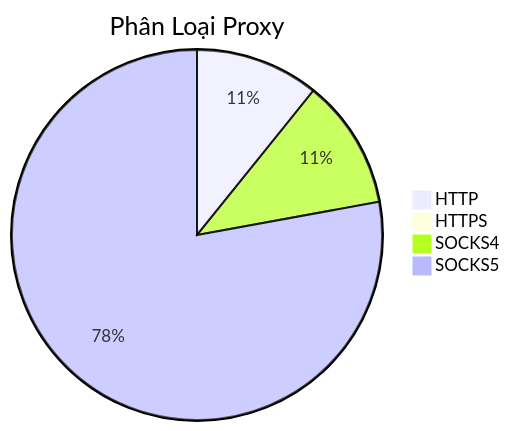
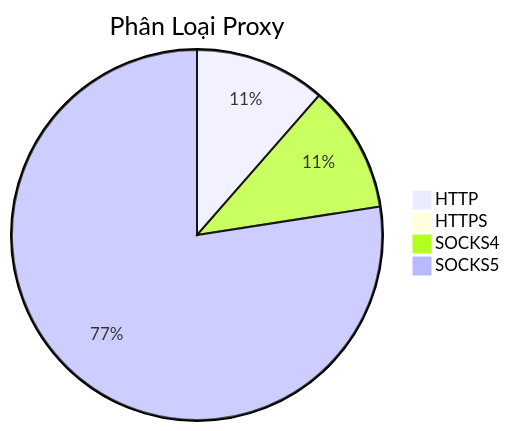
Before and after one commit to Ciara-Aa/PROXY-free: the diagram in README.md, drawn with Mermaid. The commit also changed other lines of this file and 4 other files, not shown here.

````diff
--- a/README.md
+++ b/README.md
@@ -26,7 +26,7 @@
 ```mermaid
 pie title Phân Loại Proxy
-    "HTTP" : 386
-    "HTTPS" : 14
-    "SOCKS4" : 405
-    "SOCKS5" : 2784
+    "HTTP" : 410
+    "HTTPS" : 19
+    "SOCKS4" : 398
+    "SOCKS5" : 2776
 ```
````
